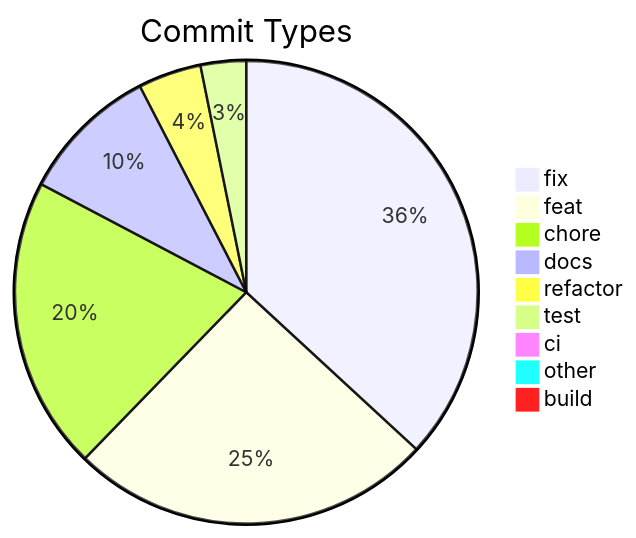
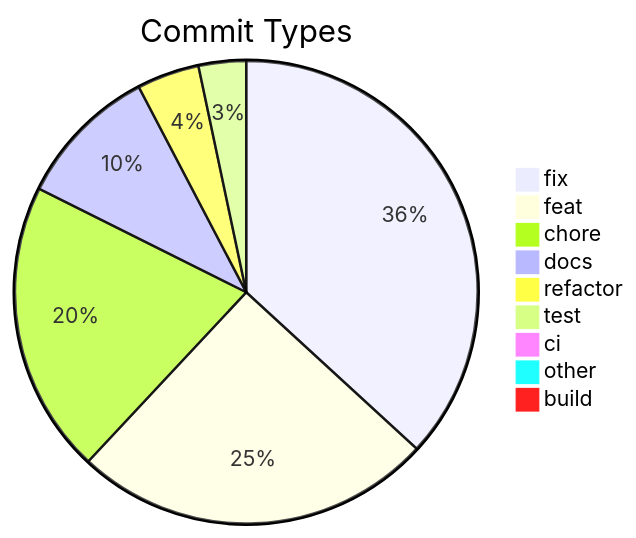
Before and after one commit to svenroth-ai/shipwright-webui: the diagram in .shipwright/compliance/change-history.md, drawn with Mermaid. The commit also changed other lines of this file and 17 other files, not shown here.

````diff
--- a/.shipwright/compliance/change-history.md
+++ b/.shipwright/compliance/change-history.md
@@ -8,12 +8,12 @@
 ```mermaid
 pie title Commit Types
-    "fix" : 209
+    "fix" : 211
     "feat" : 144
-    "chore" : 116
-    "docs" : 55
+    "chore" : 117
+    "docs" : 57
     "refactor" : 25
-    "test" : 18
+    "test" : 19
     "ci" : 5
     "other" : 4
     "build" : 1
 ```
````
